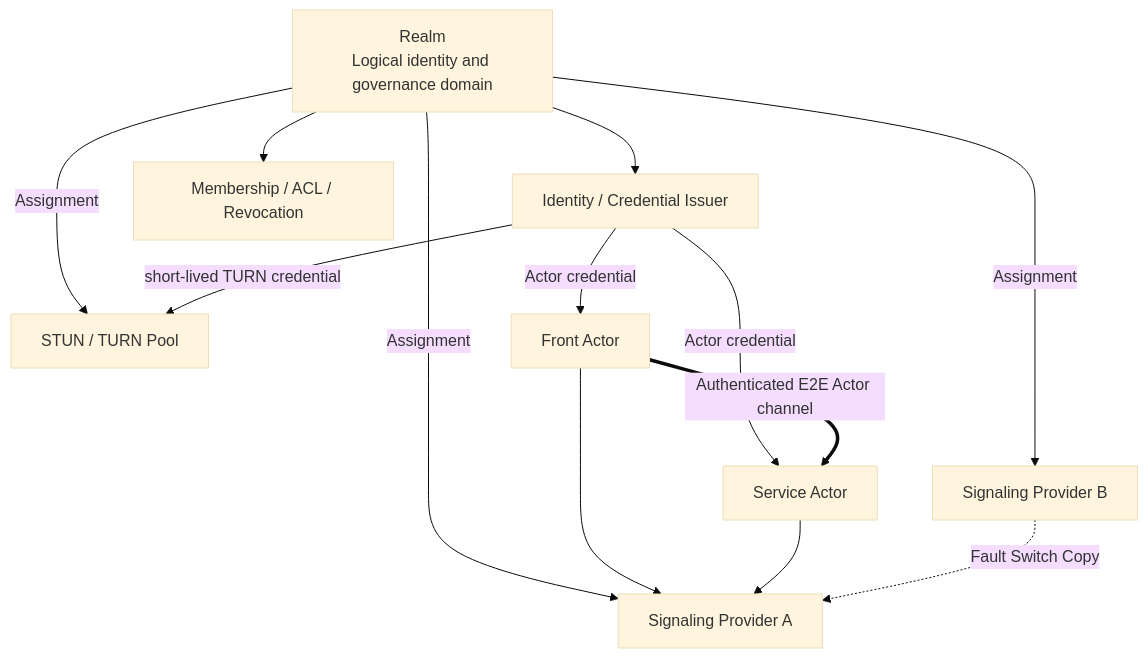
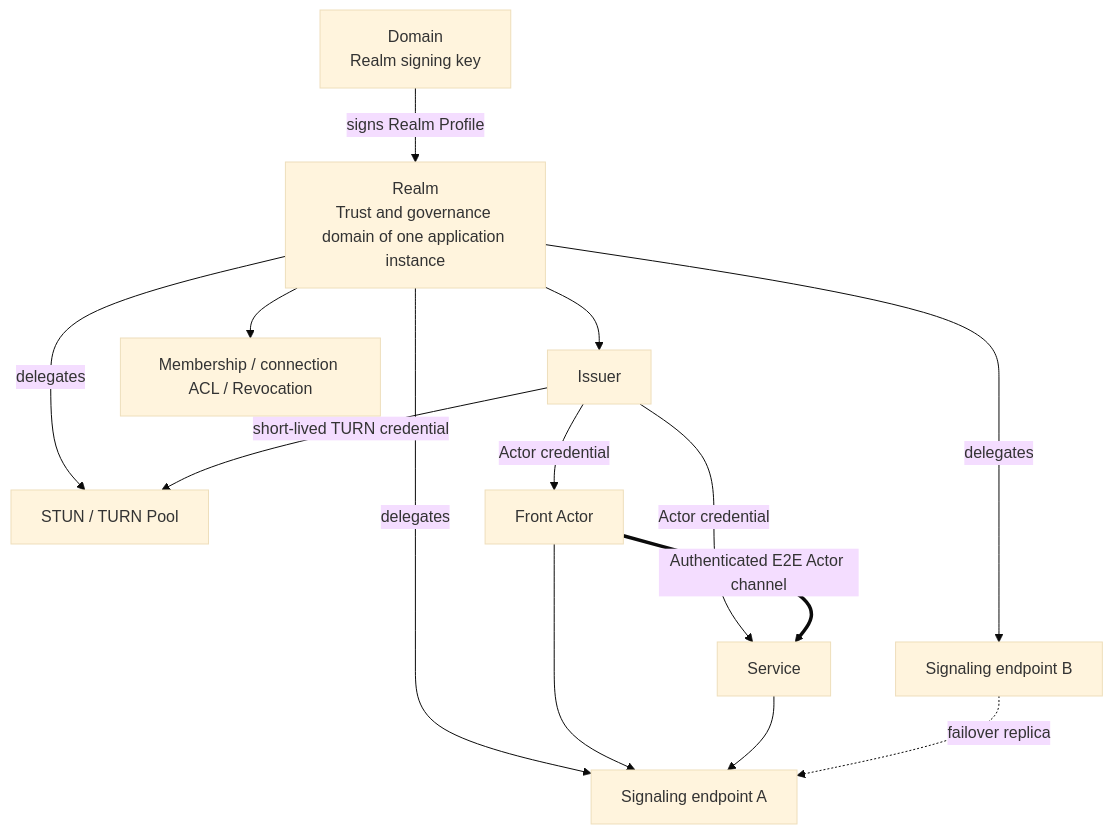
One commit to Actrium/actrium changed the diagram in docs/product/actrium-v1/07-realm-network-and-identity.md. Above: the diagram before and after it, drawn with Mermaid (base theme). The commit also changed other lines of this file and 895 other files, not shown here.

````diff
--- a/docs/product/actrium-v1/07-realm-network-and-identity.md
+++ b/docs/product/actrium-v1/07-realm-network-and-identity.md
@@ -5,24 +5,26 @@
 ```mermaid
 flowchart TB
-    R["Realm<br/>Logical identity and governance domain"]
-    AIS["Identity / Credential Issuer"]
-    SG1["Signaling Provider A"]
-    SG2["Signaling Provider B"]
+    NS["Domain<br/>Realm signing key"]
+    R["Realm<br/>Trust and governance domain of one application instance"]
+    ISS["Issuer"]
+    SG1["Signaling endpoint A"]
+    SG2["Signaling endpoint B"]
     ICE["STUN / TURN Pool"]
-    ACL["Membership / ACL / Revocation"]
+    ACL["Membership / connection ACL / Revocation"]
     F["Front Actor"]
-    S["Service Actor"]
+    S["Service"]
 
-    R --> AIS
+    NS -->|signs Realm Profile| R
+    R --> ISS
     R --> ACL
-    R -->|Assignment| SG1
-    R -->|Assignment| SG2
-    R -->|Assignment| ICE
-    AIS -->|Actor credential| F
-    AIS -->|Actor credential| S
-    AIS -->|short-lived TURN credential| ICE
+    R -->|delegates| SG1
+    R -->|delegates| SG2
+    R -->|delegates| ICE
+    ISS -->|Actor credential| F
+    ISS -->|Actor credential| S
+    ISS -->|short-lived TURN credential| ICE
     F --> SG1
     S --> SG1
-    SG2 -.Fault Switch Copy.-> SG1
+    SG2 -.failover replica.-> SG1
     F == "Authenticated E2E Actor channel" ==> S
 ```
````
